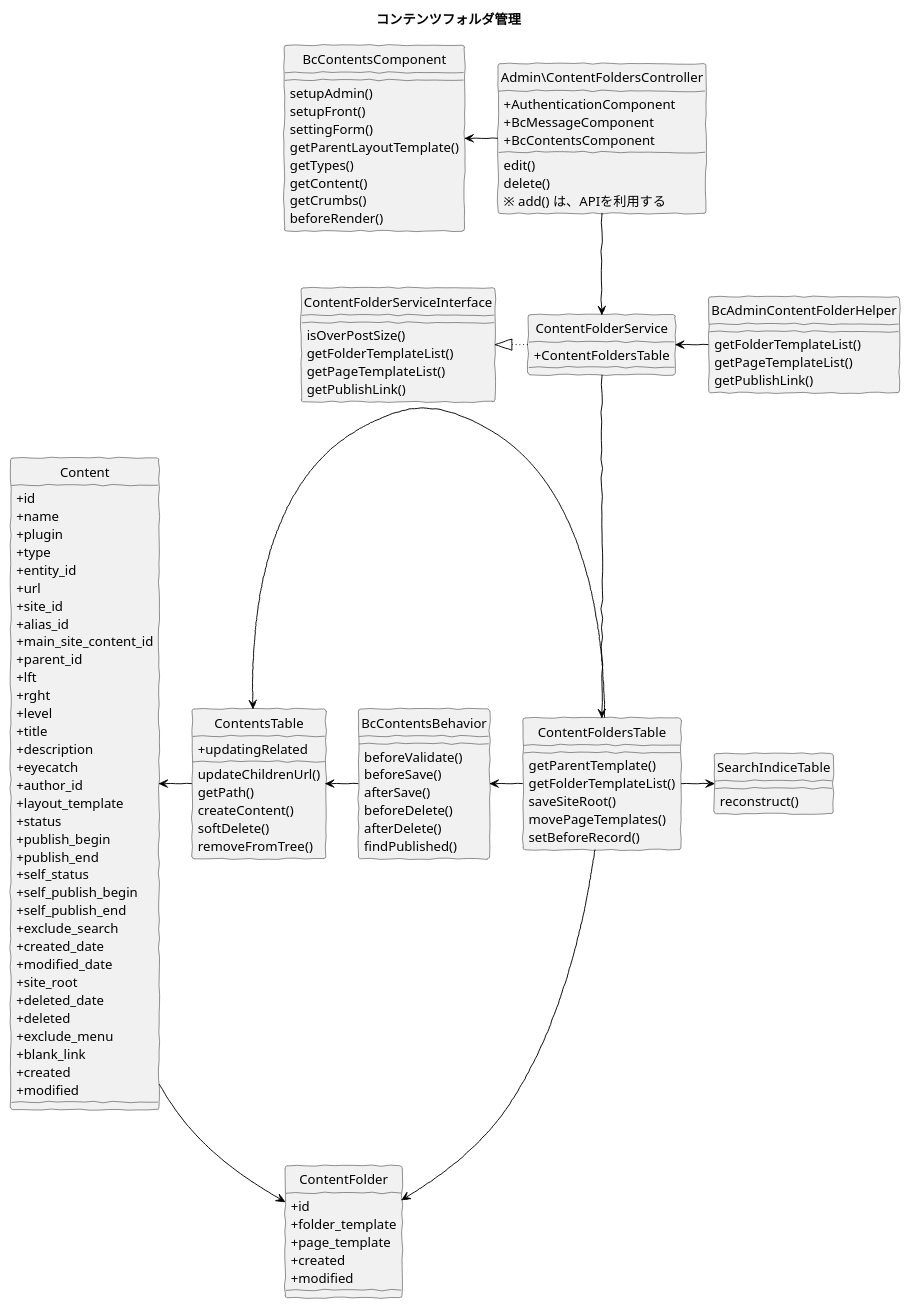
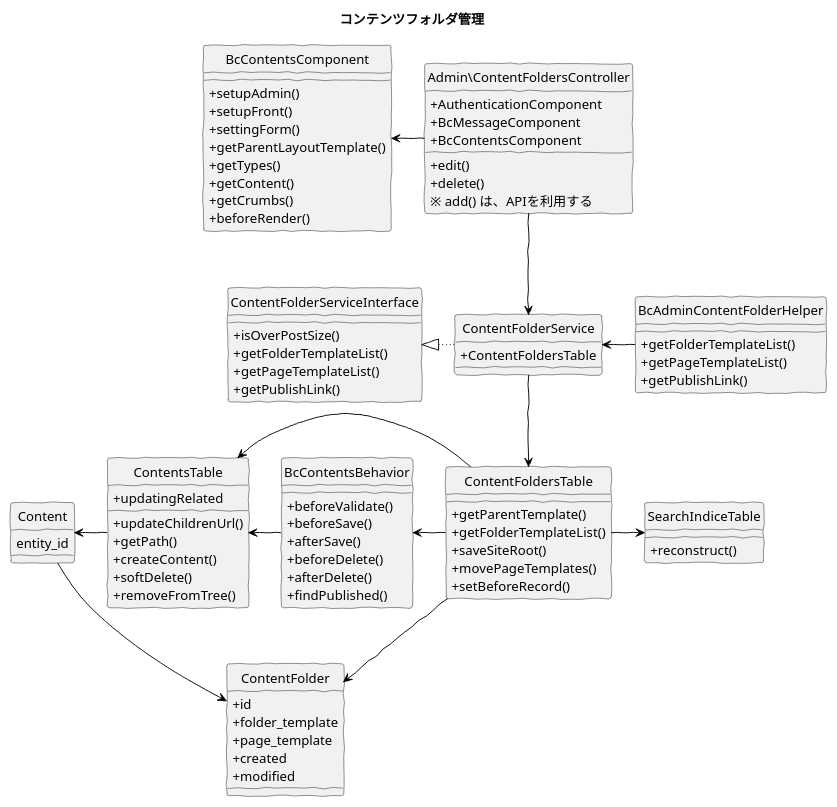
One commit to baserproject/baserproject.github.io changed the diagram in src/puml/5/ucmitz/class/manage_content_folders.puml. Above: the diagram before and after it, drawn with PlantUML. The commit also changed 12 other files, not shown here.

Commit message:
クラス図を調整

```diff
--- a/src/puml/5/ucmitz/class/manage_content_folders.puml
+++ b/src/puml/5/ucmitz/class/manage_content_folders.puml
@@ -1,139 +1,106 @@
 @startuml
 skinparam handwritten true
 hide circle
 skinparam classAttributeIconSize 0
 
 title コンテンツフォルダ管理
 
 class BcContentsComponent {
-    setupAdmin()
-    setupFront()
-    settingForm()
-    getParentLayoutTemplate()
-    getTypes()
-    getContent()
-    getCrumbs()
-    beforeRender()
+    + setupAdmin()
+    + setupFront()
+    + settingForm()
+    + getParentLayoutTemplate()
+    + getTypes()
+    + getContent()
+    + getCrumbs()
+    + beforeRender()
 }
 
 class Admin\ContentFoldersController {
     + AuthenticationComponent
     + BcMessageComponent
     + BcContentsComponent
-    edit()
-    delete()
+    + edit()
+    + delete()
     ※ add() は、APIを利用する
 }
 
 class BcAdminContentFolderHelper {
-    getFolderTemplateList()
-    getPageTemplateList()
-    getPublishLink()
+    + getFolderTemplateList()
+    + getPageTemplateList()
+    + getPublishLink()
 }
 
 class ContentFolderService {
     + ContentFoldersTable
 }
 
 class ContentFolderServiceInterface {
-    isOverPostSize()
-    getFolderTemplateList()
-    getPageTemplateList()
-    getPublishLink()
+    + isOverPostSize()
+    + getFolderTemplateList()
+    + getPageTemplateList()
+    + getPublishLink()
 }
 
 class ContentFoldersTable {
-    getParentTemplate()
-    getFolderTemplateList()
-    saveSiteRoot()
-    movePageTemplates()
-    setBeforeRecord()
+    + getParentTemplate()
+    + getFolderTemplateList()
+    + saveSiteRoot()
+    + movePageTemplates()
+    + setBeforeRecord()
 }
 
 class SearchIndiceTable {
-    reconstruct()
+    + reconstruct()
 }
 
 class ContentFolder {
     + id
     + folder_template
     + page_template
     + created
     + modified
 }
 
 class BcContentsBehavior {
-    beforeValidate()
-    beforeSave()
-    afterSave()
-    beforeDelete()
-    afterDelete()
-    findPublished()
+    + beforeValidate()
+    + beforeSave()
+    + afterSave()
+    + beforeDelete()
+    + afterDelete()
+    + findPublished()
 }
 
 class ContentsTable {
     + updatingRelated
-    updateChildrenUrl()
-    getPath()
-    createContent()
-    softDelete()
-    removeFromTree()
+    + updateChildrenUrl()
+    + getPath()
+    + createContent()
+    + softDelete()
+    + removeFromTree()
 }
 
 class Content {
-    + id
-    + name
-    + plugin
-    + type
-    + entity_id
-    + url
-    + site_id
-    + alias_id
-    + main_site_content_id
-    + parent_id
-    + lft
-    + rght
-    + level
-    + title
-    + description
-    + eyecatch
-    + author_id
-    + layout_template
-    + status
-    + publish_begin
-    + publish_end
-    + self_status
-    + self_publish_begin
-    + self_publish_end
-    + exclude_search
-    + created_date
-    + modified_date
-    + site_root
-    + deleted_date
-    + deleted
-    + exclude_menu
-    + blank_link
-    + created
-    + modified
+	entity_id
 }
 
 Admin\ContentFoldersController -left[#Black]-> BcContentsComponent
 Admin\ContentFoldersController -down[#Black]-> ContentFolderService
 
 BcAdminContentFolderHelper -left[#Black]-> ContentFolderService
 
 ContentFolderService -left[dotted,#Black]-|> ContentFolderServiceInterface
 ContentFolderService -down[#Black]-> ContentFoldersTable
 
 ContentFoldersTable -right[#Black]-> SearchIndiceTable
 ContentFoldersTable -left[#Black]-> BcContentsBehavior
 ContentFoldersTable -left[#Black]-> ContentsTable
 ContentFoldersTable -down[#Black]-> ContentFolder
 
 BcContentsBehavior -left[#Black]-> ContentsTable
 
 ContentsTable -left[#Black]-> Content
 
 ContentFolder <-[#Black]- Content
 
 @enduml
```
